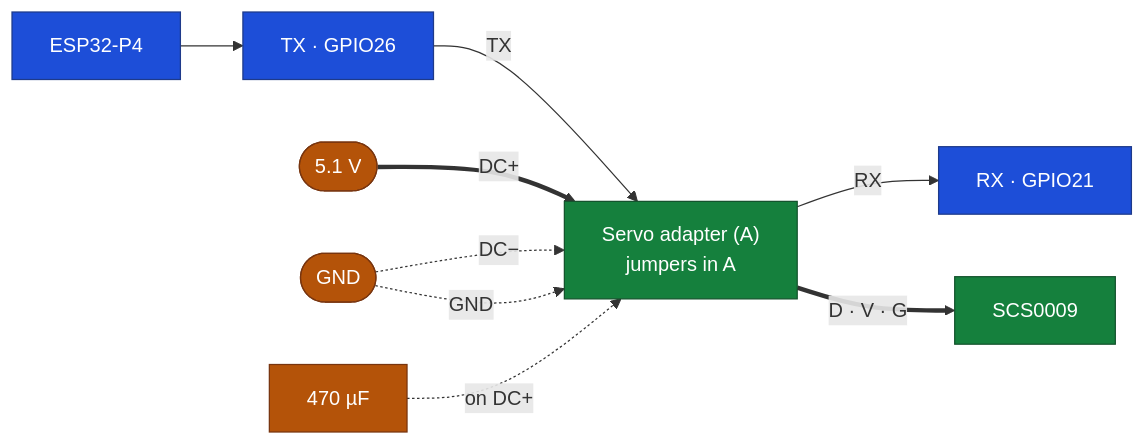
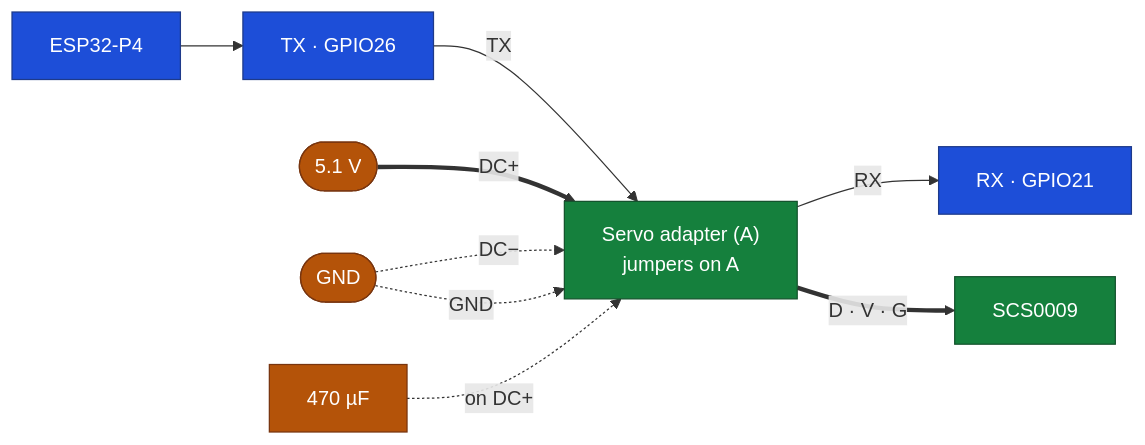
Before and after one commit to Eddym06/AutoNex: the fourth of 5 diagrams in docs/ELECTRONICS.md, drawn with Mermaid. The commit also changed other lines of this file, not shown here.

````diff
--- a/docs/ELECTRONICS.md
+++ b/docs/ELECTRONICS.md
@@ -373,25 +396,25 @@
 ```mermaid
 flowchart LR
     P4["ESP32-P4"]
     TX["TX · GPIO26"]
     RX["RX · GPIO21"]
-    ADP["Servo adapter (A)<br/>jumpers in A"]
+    ADP["Servo adapter (A)<br/>jumpers on A"]
     SRV["SCS0009"]
     BUS(["5.1 V"])
     GND(["GND"])
 
     P4 --> TX -->|"TX"| ADP
     ADP -->|"RX"| RX
     BUS ==>|"DC+"| ADP
     GND -.->|"DC−"| ADP
     GND -.->|"GND"| ADP
     ADP ==>|"D · V · G"| SRV
     C["470 µF"] -.->|"on DC+"| ADP
 
-    classDef control fill:#1d4ed8,stroke:#1e3a8a,color:#ffffff
-    classDef servo fill:#15803d,stroke:#14532d,color:#ffffff
-    classDef protection fill:#b45309,stroke:#78350f,color:#ffffff
-    class P4,TX,RX control
-    class ADP,SRV servo
-    class C,BUS,GND protection
+    classDef ctrl fill:#1d4ed8,stroke:#1e3a8a,color:#ffffff
+    classDef srv fill:#15803d,stroke:#14532d,color:#ffffff
+    classDef prot fill:#b45309,stroke:#78350f,color:#ffffff
+    class P4,TX,RX ctrl
+    class ADP,SRV srv
+    class C,BUS,GND prot
 ```
````
